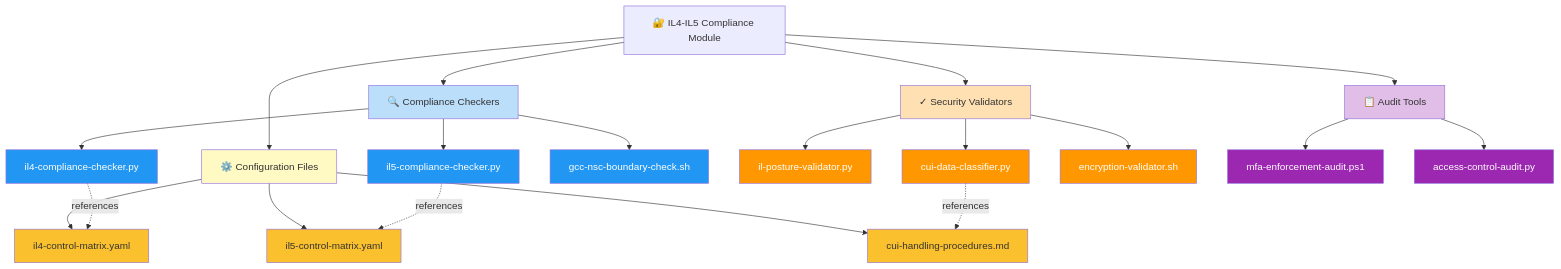
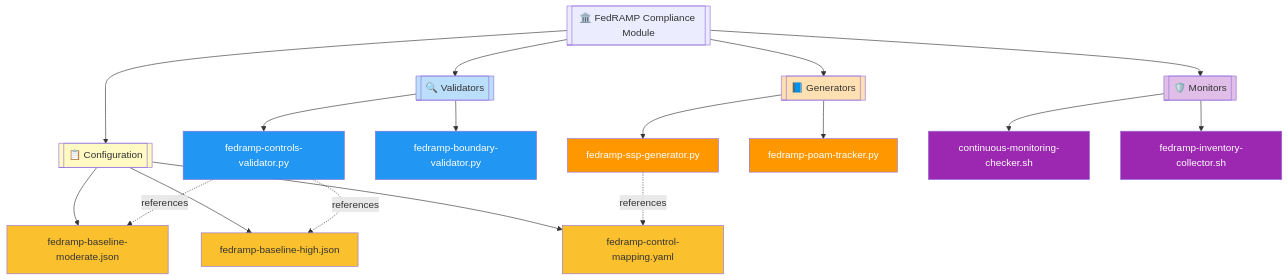
The first of 4 diagrams in security-compliance/fedramp/README.md (Suren-Jewels/Scripts-Toolkit), drawn with Mermaid before and after one commit. The commit also changed other lines of this file, not shown here.

````diff
--- a/security-compliance/fedramp/README.md
+++ b/security-compliance/fedramp/README.md
@@ -48,48 +45,42 @@
 ```mermaid
 graph TD
-    Root[🔐 IL4-IL5 Compliance Module]
+    Root[[🏛️ FedRAMP Compliance Module]]
     
-    Root --> Checkers[🔍 Compliance Checkers]
-    Root --> Validators[✓ Security Validators]
-    Root --> Auditors[📋 Audit Tools]
-    Root --> Config[⚙️ Configuration Files]
+    Root --> Category1[[🔍 Validators]]
+    Root --> Category2[[📘 Generators]]
+    Root --> Category3[[🛡️ Monitors]]
+    Root --> Category4[[📋 Configuration]]
     
-    Checkers --> C1[il4-compliance-checker.py]
-    Checkers --> C2[il5-compliance-checker.py]
-    Checkers --> C3[gcc-nsc-boundary-check.sh]
+    Category1 --> File1[fedramp-controls-validator.py]
+    Category1 --> File2[fedramp-boundary-validator.py]
     
-    Validators --> V1[il-posture-validator.py]
-    Validators --> V2[cui-data-classifier.py]
-    Validators --> V3[encryption-validator.sh]
+    Category2 --> File3[fedramp-ssp-generator.py]
+    Category2 --> File4[fedramp-poam-tracker.py]
     
-    Auditors --> A1[mfa-enforcement-audit.ps1]
-    Auditors --> A2[access-control-audit.py]
+    Category3 --> File5[continuous-monitoring-checker.sh]
+    Category3 --> File6[fedramp-inventory-collector.sh]
     
-    Config --> CF1[il4-control-matrix.yaml]
-    Config --> CF2[il5-control-matrix.yaml]
-    Config --> CF3[cui-handling-procedures.md]
+    Category4 --> Config1[fedramp-control-mapping.yaml]
+    Category4 --> Config2[fedramp-baseline-moderate.json]
+    Category4 --> Config3[fedramp-baseline-high.json]
     
-    C1 -.references.-> CF1
-    C2 -.references.-> CF2
-    V2 -.references.-> CF3
+    File1 -.references.-> Config2
+    File1 -.references.-> Config3
+    File3 -.references.-> Config1
     
-    style Checkers fill:#BBDEFB
-    style Validators fill:#FFE0B2
-    style Auditors fill:#E1BEE7
-    style Config fill:#FFF9C4
+    style Category1 fill:#BBDEFB
+    style Category2 fill:#FFE0B2
+    style Category3 fill:#E1BEE7
+    style Category4 fill:#FFF9C4
     
-    style C1 fill:#2196F3,color:#fff
-    style C2 fill:#2196F3,color:#fff
-    style C3 fill:#2196F3,color:#fff
+    style File1 fill:#2196F3,color:#fff
+    style File2 fill:#2196F3,color:#fff
+    style File3 fill:#FF9800,color:#fff
+    style File4 fill:#FF9800,color:#fff
+    style File5 fill:#9C27B0,color:#fff
+    style File6 fill:#9C27B0,color:#fff
     
-    style V1 fill:#FF9800,color:#fff
-    style V2 fill:#FF9800,color:#fff
-    style V3 fill:#FF9800,color:#fff
-    
-    style A1 fill:#9C27B0,color:#fff
-    style A2 fill:#9C27B0,color:#fff
-    
-    style CF1 fill:#FBC02D
-    style CF2 fill:#FBC02D
-    style CF3 fill:#FBC02D
+    style Config1 fill:#FBC02D
+    style Config2 fill:#FBC02D
+    style Config3 fill:#FBC02D
 ```
````
